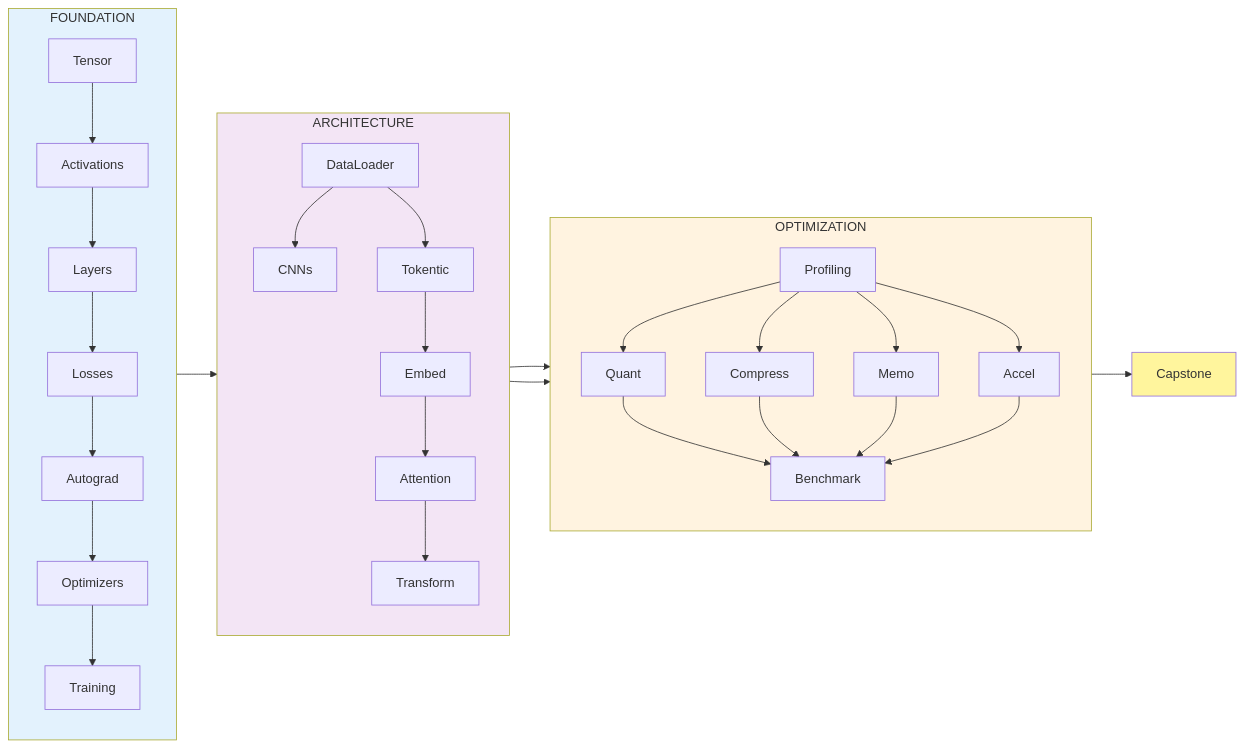
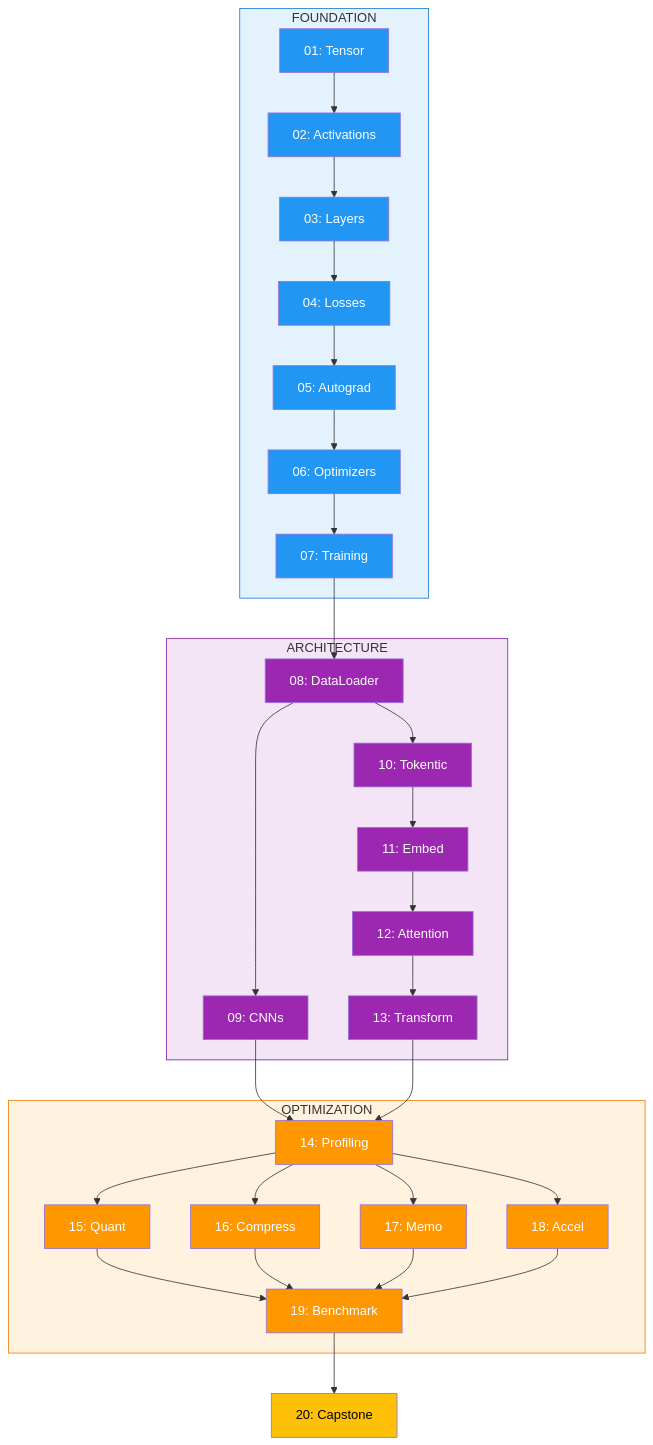
One commit to harvard-edge/cs249r_book changed the diagram in tinytorch/site/big-picture.md. Above: the diagram before and after it, drawn with Mermaid. The commit also changed other lines of this file and 3 other files, not shown here.

First line of the commit message:
feat: improve big-picture diagram with top-down layout and module numbers

````diff
--- a/tinytorch/site/big-picture.md
+++ b/tinytorch/site/big-picture.md
@@ -21,31 +23,65 @@
 ```{mermaid}
 :align: center
 :caption: TinyTorch Module Flow
-graph LR
+:zoom: 1.5
+graph TB
     subgraph F["FOUNDATION"]
-        direction TB
-        T[Tensor] --> A[Activations] --> L[Layers] --> Loss[Losses] --> Auto[Autograd] --> Opt[Optimizers] --> Train[Training]
+        T["01: Tensor"] --> A["02: Activations"] --> L["03: Layers"] --> Loss["04: Losses"] --> Auto["05: Autograd"] --> Opt["06: Optimizers"] --> Train["07: Training"]
     end
 
     subgraph Arch["ARCHITECTURE"]
-        direction TB
-        Data[DataLoader] --> Conv[CNNs]
-        Data --> Tok[Tokentic] --> Emb[Embed] --> Att[Attention] --> Trans[Transform]
+        Data["08: DataLoader"]
+        Data --> Conv["09: CNNs"]
+        Data --> Tok["10: Tokentic"] --> Emb["11: Embed"] --> Att["12: Attention"] --> Trans["13: Transform"]
     end
 
     subgraph Optim["OPTIMIZATION"]
-        direction TB
-        Prof[Profiling] --> Q[Quant] & C[Compress] & M[Memo] & Ac[Accel]
-        Q & C & M & Ac --> Bench[Benchmark]
+        Prof["14: Profiling"]
+        Prof --> Q["15: Quant"]
+        Prof --> C["16: Compress"]
+        Prof --> M["17: Memo"]
+        Prof --> Ac["18: Accel"]
+        Q --> Bench["19: Benchmark"]
+        C --> Bench
+        M --> Bench
+        Ac --> Bench
     end
 
     Train --> Data
     Conv --> Prof
     Trans --> Prof
-    Bench --> Cap[Capstone]
+    Bench --> Cap["20: Capstone"]
 
-    style F fill:#e3f2fd
-    style Arch fill:#f3e5f5
-    style Optim fill:#fff3e0
-    style Cap fill:#fff59d
+    %% Foundation - Blue
+    style T fill:#2196f3,color:#fff
+    style A fill:#2196f3,color:#fff
+    style L fill:#2196f3,color:#fff
+    style Loss fill:#2196f3,color:#fff
+    style Auto fill:#2196f3,color:#fff
+    style Opt fill:#2196f3,color:#fff
+    style Train fill:#2196f3,color:#fff
+
+    %% Architecture - Purple
+    style Data fill:#9c27b0,color:#fff
+    style Conv fill:#9c27b0,color:#fff
+    style Tok fill:#9c27b0,color:#fff
+    style Emb fill:#9c27b0,color:#fff
+    style Att fill:#9c27b0,color:#fff
+    style Trans fill:#9c27b0,color:#fff
+
+    %% Optimization - Orange
+    style Prof fill:#ff9800,color:#fff
+    style Q fill:#ff9800,color:#fff
+    style C fill:#ff9800,color:#fff
+    style M fill:#ff9800,color:#fff
+    style Ac fill:#ff9800,color:#fff
+    style Bench fill:#ff9800,color:#fff
+
+    %% Capstone - Gold
+    style Cap fill:#ffc107,color:#000
+
+    %% Subgraph backgrounds
+    style F fill:#e3f2fd,stroke:#1976d2
+    style Arch fill:#f3e5f5,stroke:#7b1fa2
+    style Optim fill:#fff3e0,stroke:#f57c00
 ```
````
